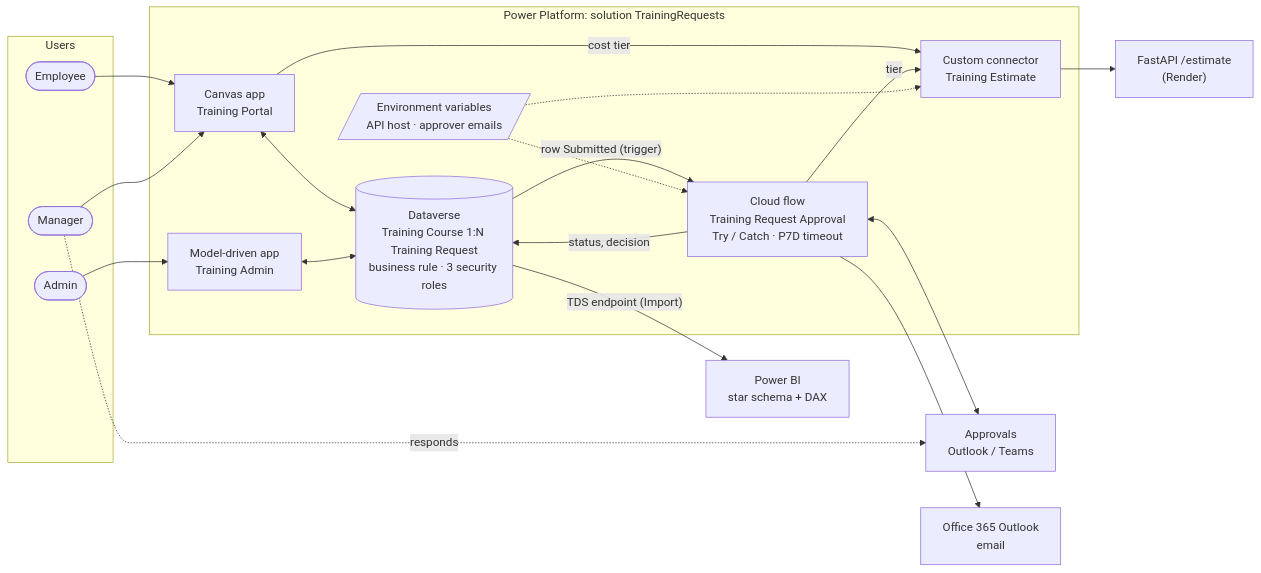
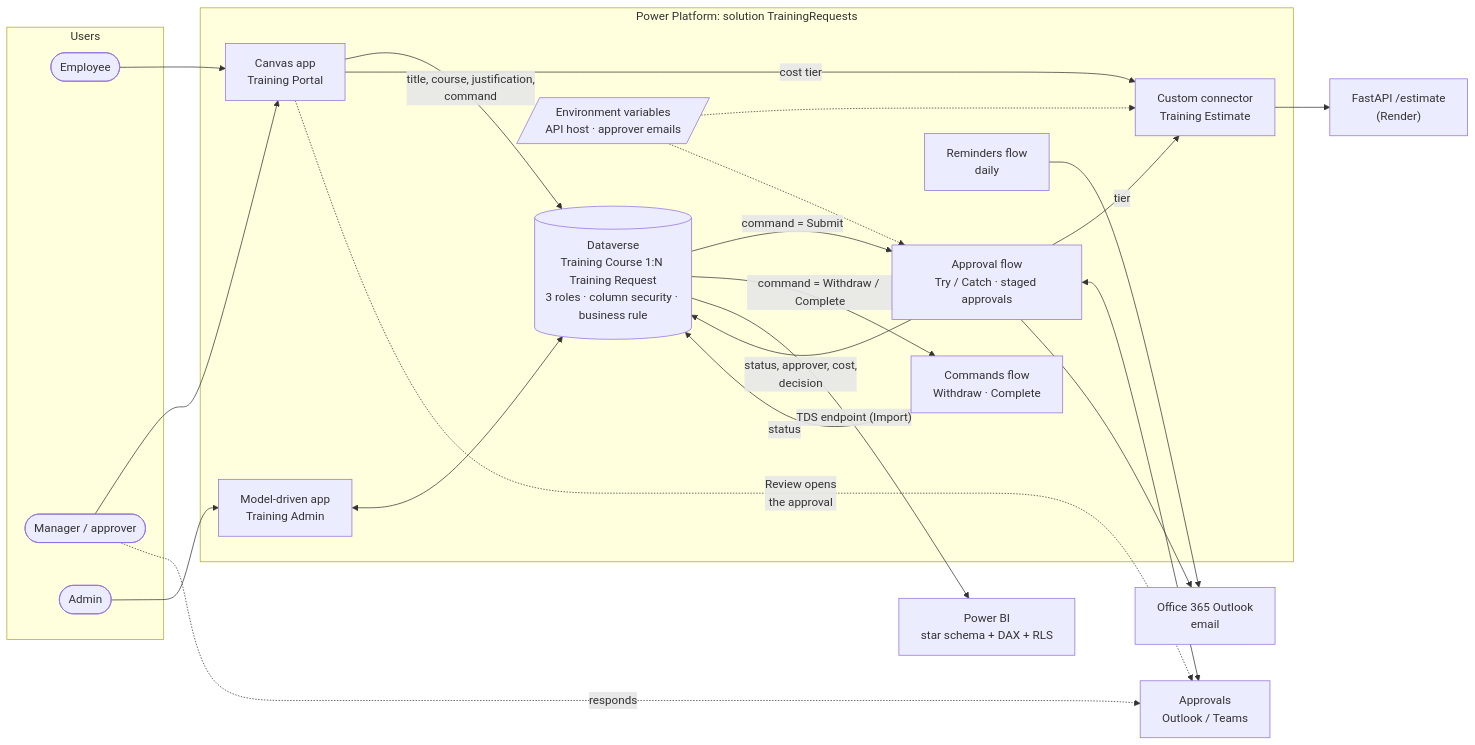
Before and after one commit to jadencutinha/skillpath: the first of 2 diagrams in README.md, drawn with Mermaid. The commit also changed other lines of this file and 38 other files, not shown here.

````diff
--- a/README.md
+++ b/README.md
@@ -24,39 +41,45 @@
 ```mermaid
 flowchart LR
     subgraph Users
         EMP([Employee])
-        MGR([Manager])
+        MGR([Manager / approver])
         ADM([Admin])
     end
 
     subgraph PP["Power Platform: solution TrainingRequests"]
         CANVAS["Canvas app<br/>Training Portal"]
         MDA["Model-driven app<br/>Training Admin"]
-        DV[("Dataverse<br/>Training Course 1:N Training Request<br/>business rule · 3 security roles")]
-        FLOW["Cloud flow<br/>Training Request Approval<br/>Try / Catch · P7D timeout"]
+        DV[("Dataverse<br/>Training Course 1:N Training Request<br/>3 roles · column security · business rule")]
+        FLOW["Approval flow<br/>Try / Catch · staged approvals"]
+        CMD["Commands flow<br/>Withdraw · Complete"]
+        REM["Reminders flow<br/>daily"]
         CC["Custom connector<br/>Training Estimate"]
         ENV[/"Environment variables<br/>API host · approver emails"/]
     end
 
     API["FastAPI /estimate<br/>(Render)"]
     APPR["Approvals<br/>Outlook / Teams"]
     MAIL["Office 365 Outlook<br/>email"]
-    PBI["Power BI<br/>star schema + DAX"]
+    PBI["Power BI<br/>star schema + DAX + RLS"]
 
     EMP --> CANVAS
     MGR --> CANVAS
     ADM --> MDA
-    CANVAS <--> DV
+    CANVAS -- "title, course, justification,<br/>command" --> DV
     MDA <--> DV
     CANVAS -- cost tier --> CC
-    DV -- "row Submitted (trigger)" --> FLOW
+    DV -- "command = Submit" --> FLOW
+    DV -- "command = Withdraw / Complete" --> CMD
     FLOW -- tier --> CC
     CC --> API
     ENV -.-> CC
     ENV -.-> FLOW
     FLOW <--> APPR
+    CANVAS -. "Review opens<br/>the approval" .-> APPR
     MGR -. responds .-> APPR
-    FLOW -- "status, decision" --> DV
+    FLOW -- "status, approver, cost,<br/>decision" --> DV
+    CMD -- status --> DV
     FLOW --> MAIL
+    REM --> MAIL
     DV -- "TDS endpoint (Import)" --> PBI
 ```
````
